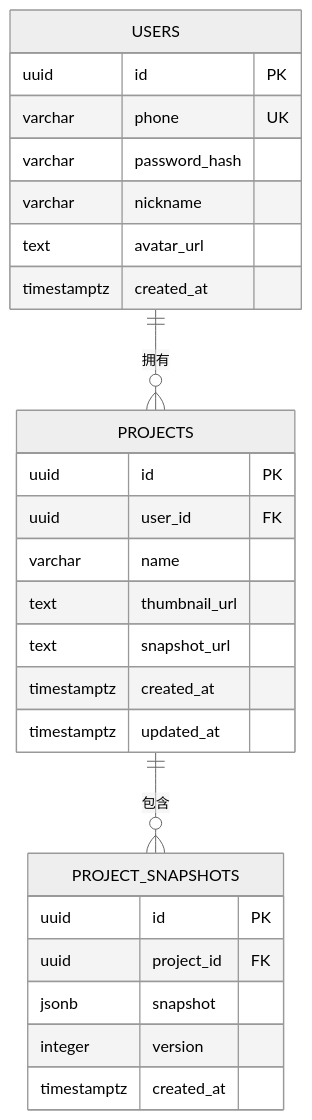
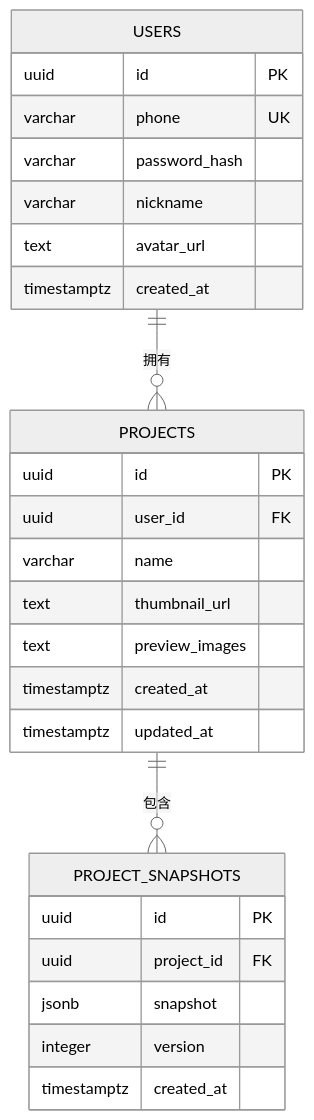
Before and after one commit to billye220670/BananaFlow2: the eighth of 9 diagrams in .qoder/repowiki/zh/content/核心功能模块/项目管理页面.md, drawn with Mermaid (neutral theme). The commit also changed other lines of this file and 17 other files, not shown here.

First line of the commit message:
refactor: shimmer单元素架构重构，统一图片URL为Supabase单一来源

````diff
--- a/.qoder/repowiki/zh/content/核心功能模块/项目管理页面.md
+++ b/.qoder/repowiki/zh/content/核心功能模块/项目管理页面.md
@@ -261,29 +321,29 @@
 ```mermaid
 erDiagram
 USERS {
 uuid id PK
 varchar phone UK
 varchar password_hash
 varchar nickname
 text avatar_url
 timestamptz created_at
 }
 PROJECTS {
 uuid id PK
 uuid user_id FK
 varchar name
 text thumbnail_url
-text snapshot_url
+text preview_images
 timestamptz created_at
 timestamptz updated_at
 }
 PROJECT_SNAPSHOTS {
 uuid id PK
 uuid project_id FK
 jsonb snapshot
 integer version
 timestamptz created_at
 }
 USERS ||--o{ PROJECTS : "拥有"
 PROJECTS ||--o{ PROJECT_SNAPSHOTS : "包含"
 ```
````
